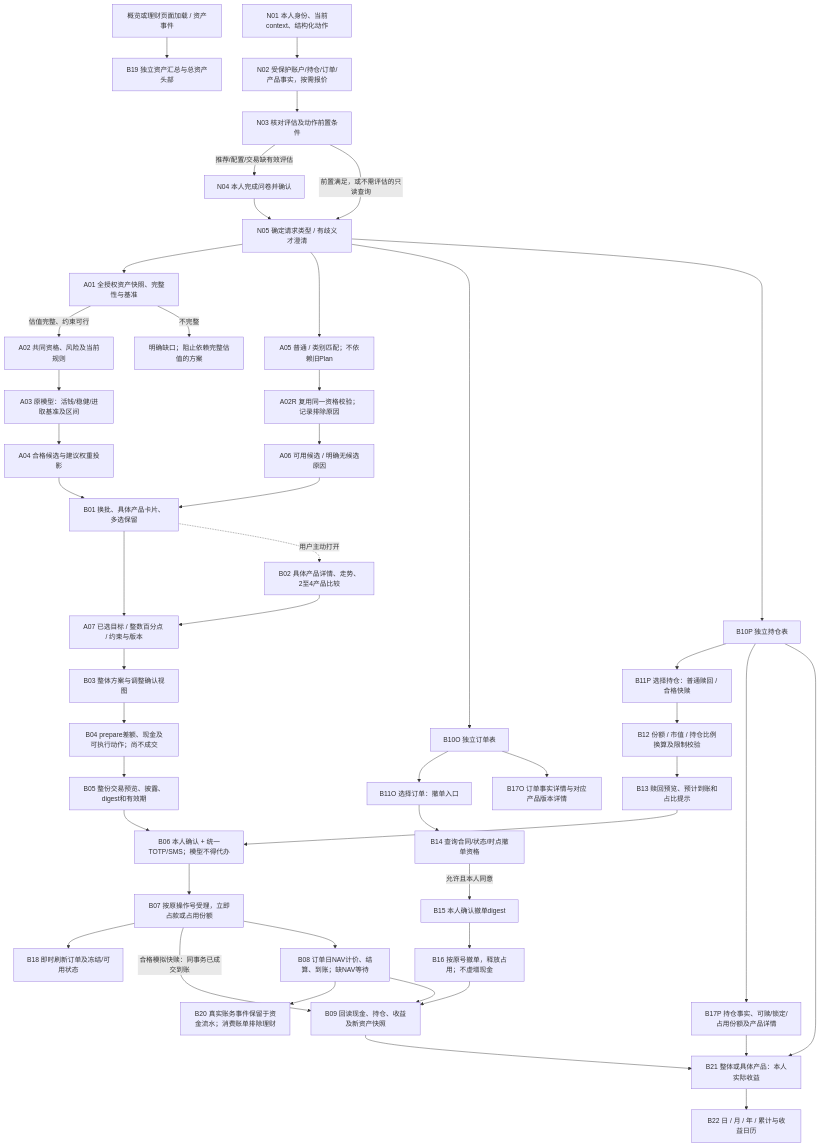
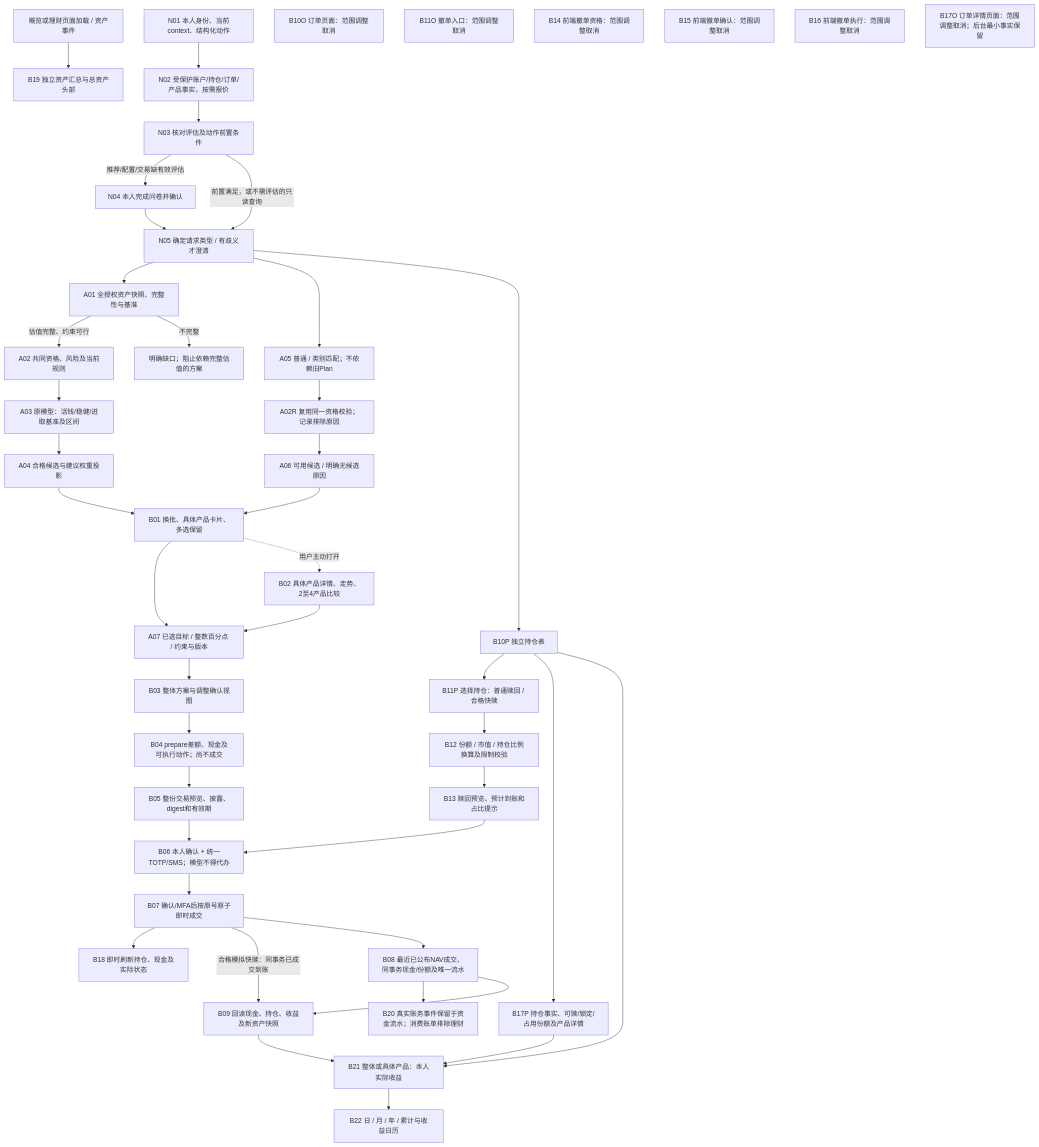
Before and after one commit to Stainnifuski/2026-Fintechathon-ai-banking-agent: the diagram in docs/wealth/nlp_agent_handoff_20261015.md, drawn with Mermaid. The commit also changed other lines of this file and 19 other files, not shown here.

````diff
--- a/docs/wealth/nlp_agent_handoff_20261015.md
+++ b/docs/wealth/nlp_agent_handoff_20261015.md
@@ -180,49 +192,48 @@
 ```mermaid
 flowchart TD
   PAGE["概览或理财页面加载 / 资产事件"] --> B19["B19 独立资产汇总与总资产头部"]
   N01["N01 本人身份、当前context、结构化动作"] --> N02["N02 受保护账户/持仓/订单/产品事实，按需报价"]
   N02 --> N03["N03 核对评估及动作前置条件"]
   N03 -->|推荐/配置/交易缺有效评估| N04["N04 本人完成问卷并确认"]
   N03 -->|前置满足，或不需评估的只读查询| N05["N05 确定请求类型 / 有歧义才澄清"]
   N04 --> N05
   N05 --> A01["A01 全授权资产快照、完整性与基准"]
   N05 --> A05["A05 普通 / 类别匹配；不依赖旧Plan"]
-  N05 --> B10O["B10O 独立订单表"]
+  B10O["B10O 订单页面：范围调整取消"]
   N05 --> B10P["B10P 独立持仓表"]
   A01 -->|估值完整、约束可行| A02["A02 共同资格、风险及当前规则"]
   A01 -->|不完整| GAP["明确缺口；阻止依赖完整估值的方案"]
   A02 --> A03["A03 原模型：活钱/稳健/进取基准及区间"]
   A03 --> A04["A04 合格候选与建议权重投影"]
   A05 --> A02R["A02R 复用同一资格校验；记录排除原因"]
   A02R --> A06["A06 可用候选 / 明确无候选原因"]
   A04 --> B01["B01 换批、具体产品卡片、多选保留"]
   A06 --> B01
   B01 --> A07["A07 已选目标 / 整数百分点 / 约束与版本"]
   B01 -. 用户主动打开 .-> B02["B02 具体产品详情、走势、2至4产品比较"]
   B02 --> A07
   A07 --> B03["B03 整体方案与调整确认视图"]
   B03 --> B04["B04 prepare差额、现金及可执行动作；尚不成交"]
   B04 --> B05["B05 整份交易预览、披露、digest和有效期"]
   B05 --> B06["B06 本人确认 + 统一TOTP/SMS；模型不得代办"]
-  B06 --> B07["B07 按原操作号受理，立即占款或占用份额"]
-  B07 --> B18["B18 即时刷新订单及冻结/可用状态"]
+  B06 --> B07["B07 确认/MFA后按原号原子即时成交"]
+  B07 --> B18["B18 即时刷新持仓、现金及实际状态"]
   B07 -->|合格模拟快赎：同事务已成交到账| B09
-  B07 --> B08["B08 订单日NAV计价、结算、到账；缺NAV等待"]
+  B07 --> B08["B08 最近已公布NAV成交、同事务现金/份额及唯一流水"]
   B08 --> B20["B20 真实账务事件保留于资金流水；消费账单排除理财"]
   B08 --> B09["B09 回读现金、持仓、收益及新资产快照"]
-  B10O --> B11O["B11O 选择订单：撤单入口"]
-  B11O --> B14["B14 查询合同/状态/时点撤单资格"]
-  B14 -->|允许且本人同意| B15["B15 本人确认撤单digest"]
-  B15 --> B16["B16 按原号撤单，释放占用；不虚增现金"]
-  B16 --> B09
-  B10O --> B17O["B17O 订单事实详情与对应产品版本详情"]
+  B11O["B11O 撤单入口：范围调整取消"]
+  B14["B14 前端撤单资格：范围调整取消"]
+  B15["B15 前端撤单确认：范围调整取消"]
+  B16["B16 前端撤单执行：范围调整取消"]
+  B17O["B17O 订单详情页面：范围调整取消；后台最小事实保留"]
   B10P --> B11P["B11P 选择持仓：普通赎回 / 合格快赎"]
   B11P --> B12["B12 份额 / 市值 / 持仓比例换算及限制校验"]
   B12 --> B13["B13 赎回预览、预计到账和占比提示"]
   B13 --> B06
   B10P --> B17P["B17P 持仓事实、可赎/锁定/占用份额及产品详情"]
   B10P --> B21["B21 整体或具体产品：本人实际收益"]
   B17P --> B21
   B09 --> B21
   B21 --> B22["B22 日 / 月 / 年 / 累计与收益日历"]
 ```
````
